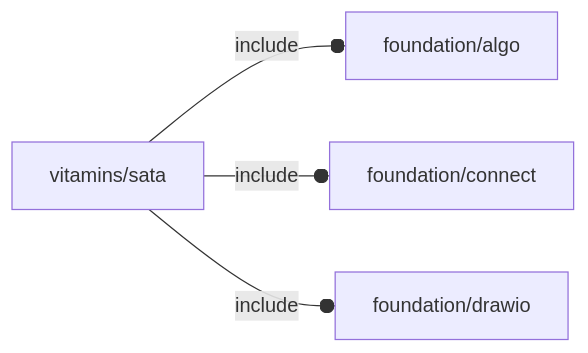
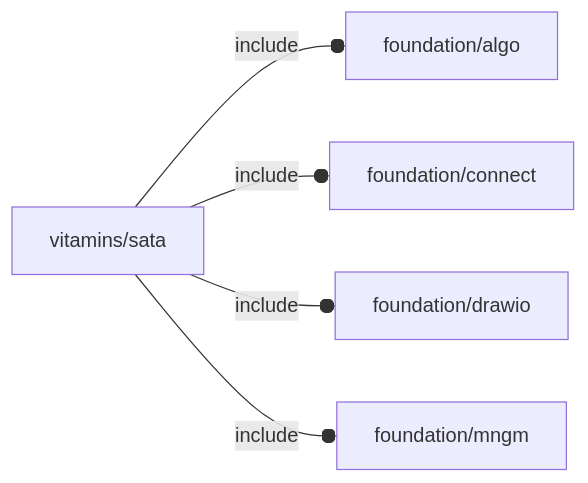
Before and after one commit to ggabbiani/OFL: the diagram in orthodocs/vitamins/sata.md, drawn with Mermaid. The commit also changed 39 other files, not shown here.

````diff
--- a/orthodocs/vitamins/sata.md
+++ b/orthodocs/vitamins/sata.md
@@ -5,6 +5,7 @@
 ```mermaid
 graph LR
     A1[vitamins/sata] --o|include| A2[foundation/algo]
     A1 --o|include| A3[foundation/connect]
     A1 --o|include| A4[foundation/drawio]
+    A1 --o|include| A5[foundation/mngm]
 ```
````
